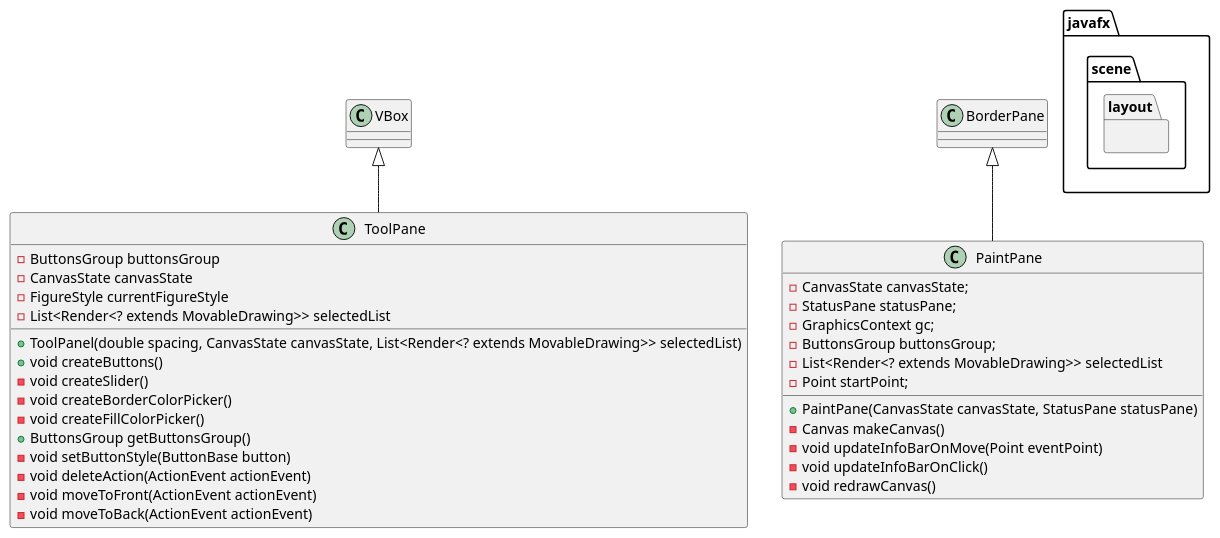
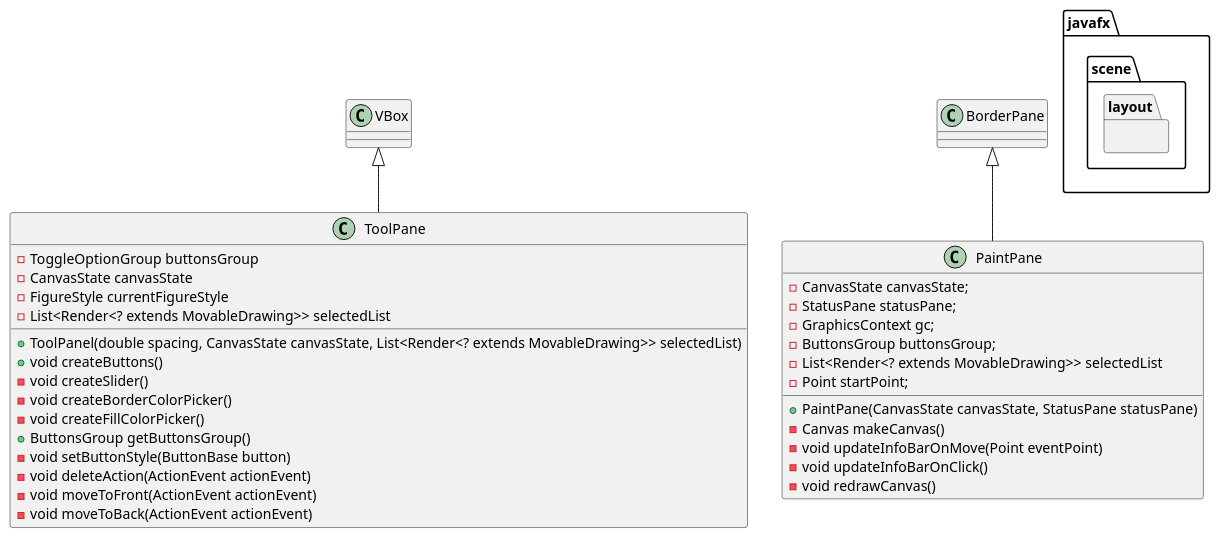
Before and after one commit to camilaDiToro/PAINT-TP-FINAL-POO: the diagram in src/main/java/frontend/UML's/DrawingArea.puml, drawn with PlantUML. The commit also changed 6 other files, not shown here.

```diff
--- a/src/main/java/frontend/UML's/DrawingArea.puml
+++ b/src/main/java/frontend/UML's/DrawingArea.puml
@@ -1,41 +1,41 @@
 @startuml
 'https://plantuml.com/sequence-diagram
 
 class ToolPane {
 
-    - ButtonsGroup buttonsGroup
+    - ToggleOptionGroup buttonsGroup
     - CanvasState canvasState
     - FigureStyle currentFigureStyle
     - List<Render<? extends MovableDrawing>> selectedList
 
     + ToolPanel(double spacing, CanvasState canvasState, List<Render<? extends MovableDrawing>> selectedList)
     + void createButtons()
     - void createSlider()
     - void createBorderColorPicker()
     - void createFillColorPicker()
     + ButtonsGroup getButtonsGroup()
     - void setButtonStyle(ButtonBase button)
     - void deleteAction(ActionEvent actionEvent)
     - void moveToFront(ActionEvent actionEvent)
     - void moveToBack(ActionEvent actionEvent)
 }
 
 class PaintPane {
     -CanvasState canvasState;
     - StatusPane statusPane;
     - GraphicsContext gc;
     - ButtonsGroup buttonsGroup;
     - List<Render<? extends MovableDrawing>> selectedList
     - Point startPoint;
     + PaintPane(CanvasState canvasState, StatusPane statusPane)
     - Canvas makeCanvas()
     - void updateInfoBarOnMove(Point eventPoint)
     - void updateInfoBarOnClick()
     - void redrawCanvas()
 }
 
 package javafx.scene.layout {
     .BorderPane <|-- PaintPane
     .VBox <|-- ToolPane
 }
 @enduml
```
